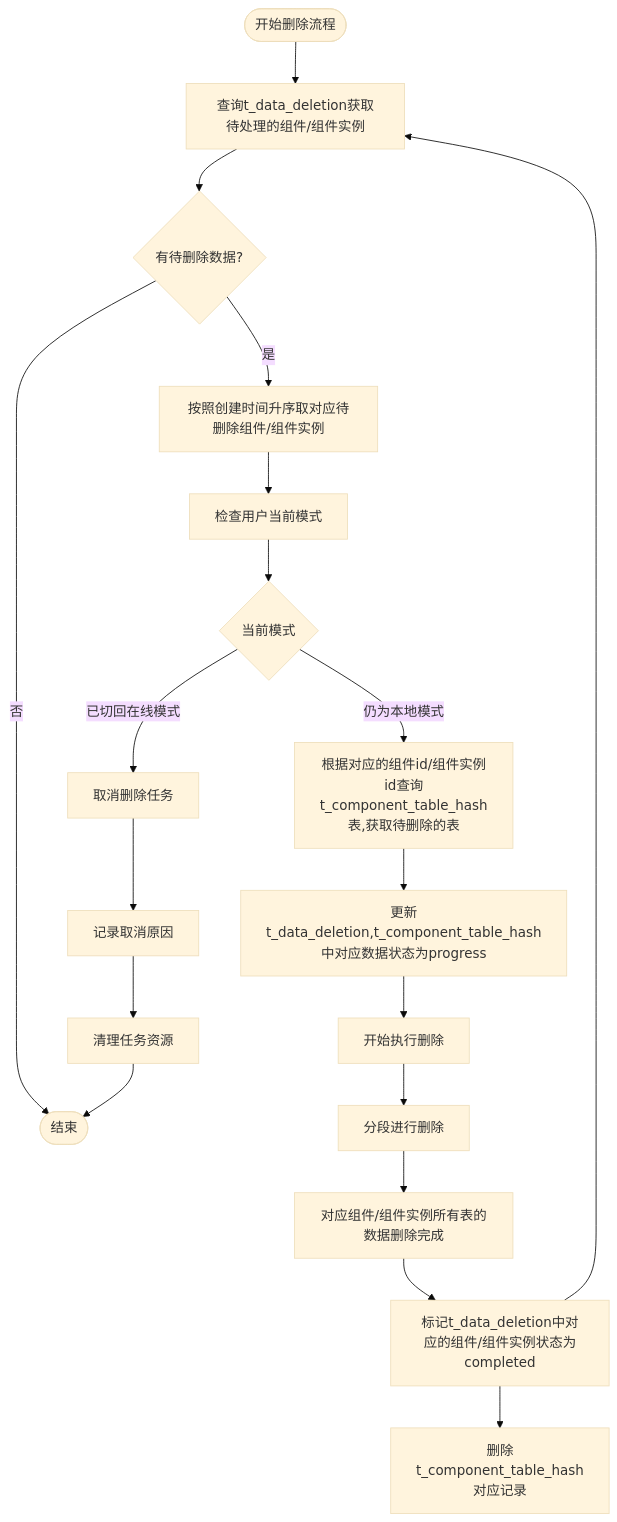
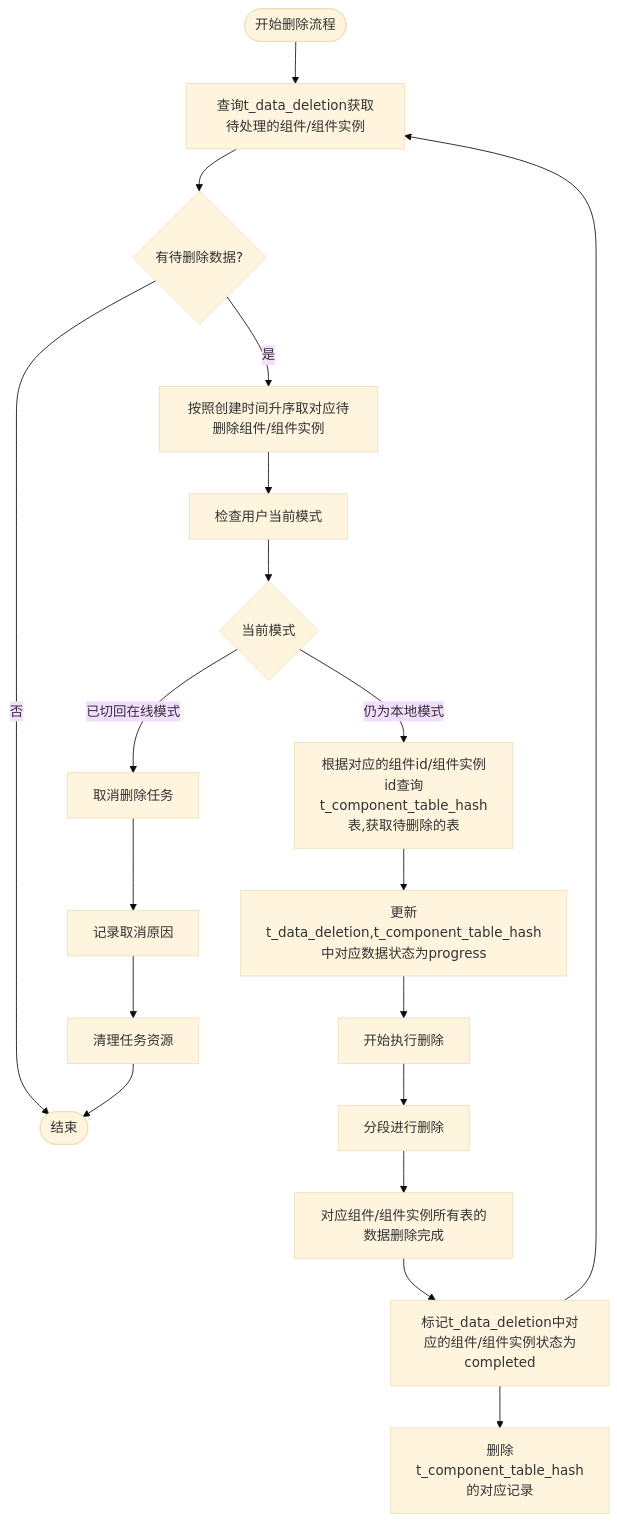
Before and after one commit to yingjianzh/iodraw-files: the diagram in all/未命名-51.md, drawn with Mermaid (base theme).

Commit message:
2025-05-08 15:49:17 update

````diff
--- a/all/未命名-51.md
+++ b/all/未命名-51.md
@@ -1,30 +1,30 @@
 ```mermaid
 flowchart TD
     Start([开始删除流程]) --> FetchTasks[查询t_data_deletion获取待处理的组件/组件实例]
     FetchTasks --> HasTasks{有待删除数据?}
     
     HasTasks -->|否| End([结束])
     HasTasks -->|是| PrioritizeTasks[按照创建时间升序取对应待删除组件/组件实例]
     
     PrioritizeTasks --> CheckUserMode[检查用户当前模式]
     
     CheckUserMode --> CurrentMode{当前模式}
     CurrentMode -->|已切回在线模式| TaskCancel[取消删除任务]
     CurrentMode -->|仍为本地模式| LockTask[根据对应的组件id/组件实例id查询t_component_table_hash表,获取待删除的表]
     
     LockTask --> UpdateStatus[更新t_data_deletion,t_component_table_hash中对应数据状态为progress]
     UpdateStatus --> BeginDeletion[开始执行删除]
     
     BeginDeletion --> A[分段进行删除]
     
     A --> B[对应组件/组件实例所有表的数据删除完成]
     B --> MarkCompleted[标记t_data_deletion中对应的组件/组件实例状态为completed]
     
-    MarkCompleted --> MarkHash[删除t_component_table_hash对应记录]
+    MarkCompleted --> MarkHash[删除t_component_table_hash的对应记录]
     
     TaskCancel --> LogCancellation[记录取消原因]
     LogCancellation --> CleanupTask[清理任务资源]
     
     MarkCompleted --> FetchTasks
     CleanupTask --> End
 ```
````
